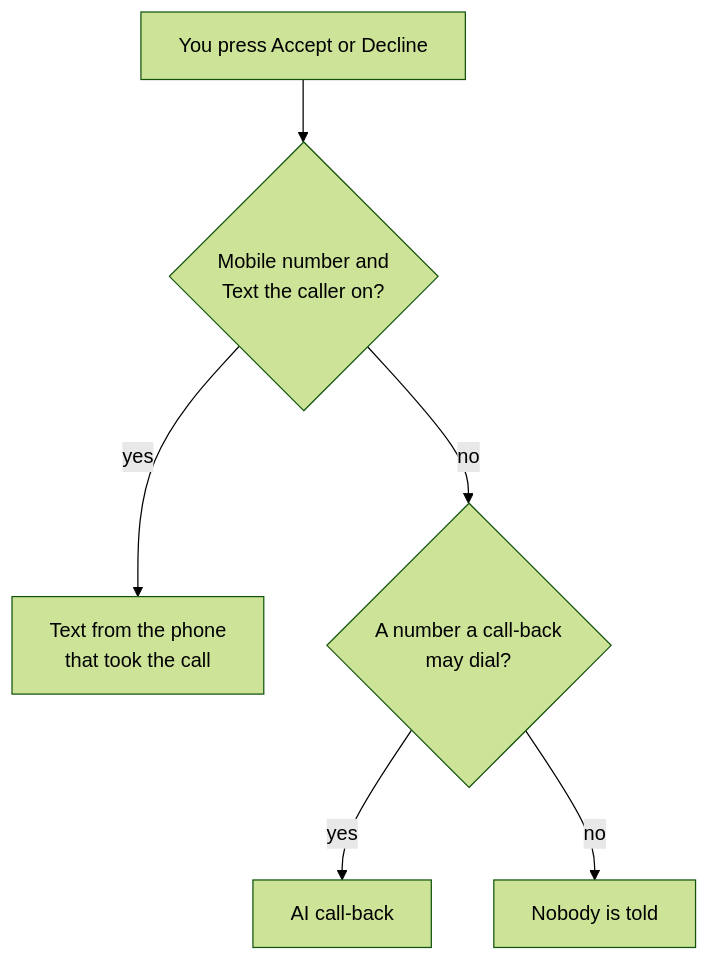
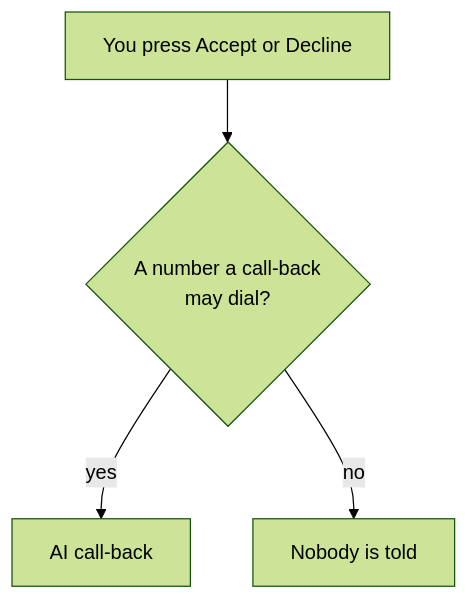
Before and after one commit to h4lo-void/bageo-call-bluetooth: the diagram in docs/en/SETTINGS.md, drawn with Mermaid (forest theme). The commit also changed other lines of this file and 94 other files, not shown here.

````diff
--- a/docs/en/SETTINGS.md
+++ b/docs/en/SETTINGS.md
@@ -287,8 +276,6 @@
 ```mermaid
 flowchart TD
-    A[You press Accept or Decline] --> B{Mobile number and<br/>Text the caller on?}
-    B -- yes --> T[Text from the phone<br/>that took the call]
-    B -- no --> C{A number a call-back<br/>may dial?}
+    A[You press Accept or Decline] --> C{A number a call-back<br/>may dial?}
     C -- yes --> K[AI call-back]
     C -- no --> N[Nobody is told]
 ```
````
